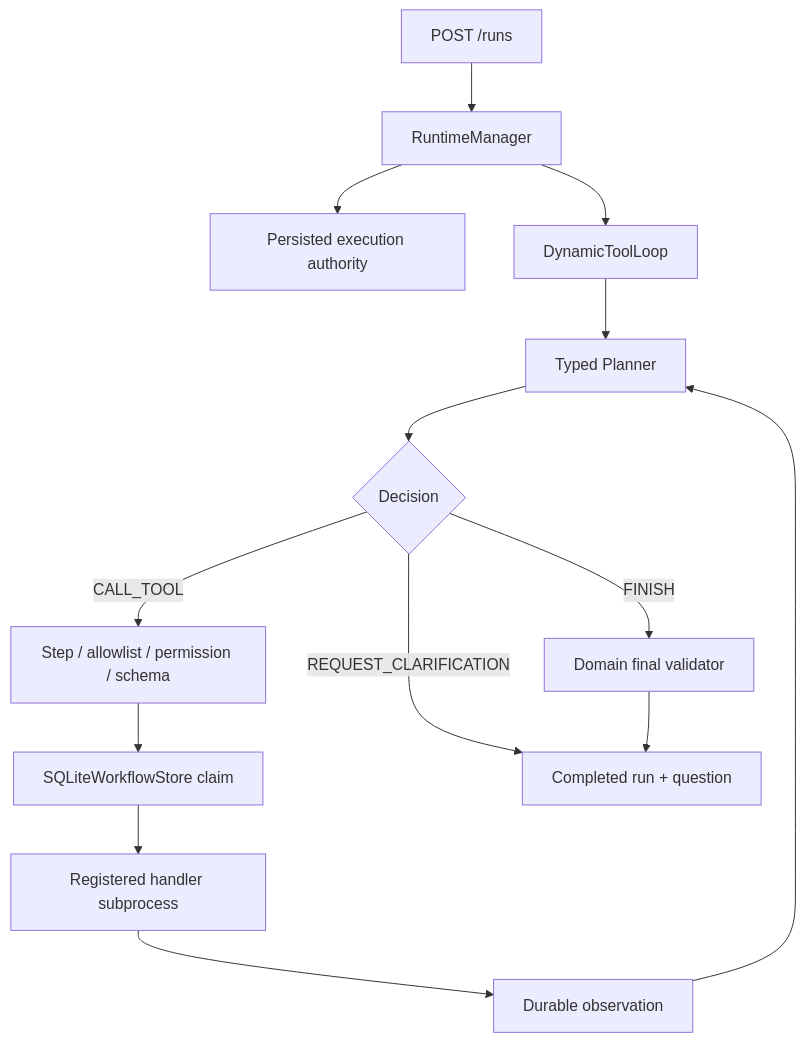
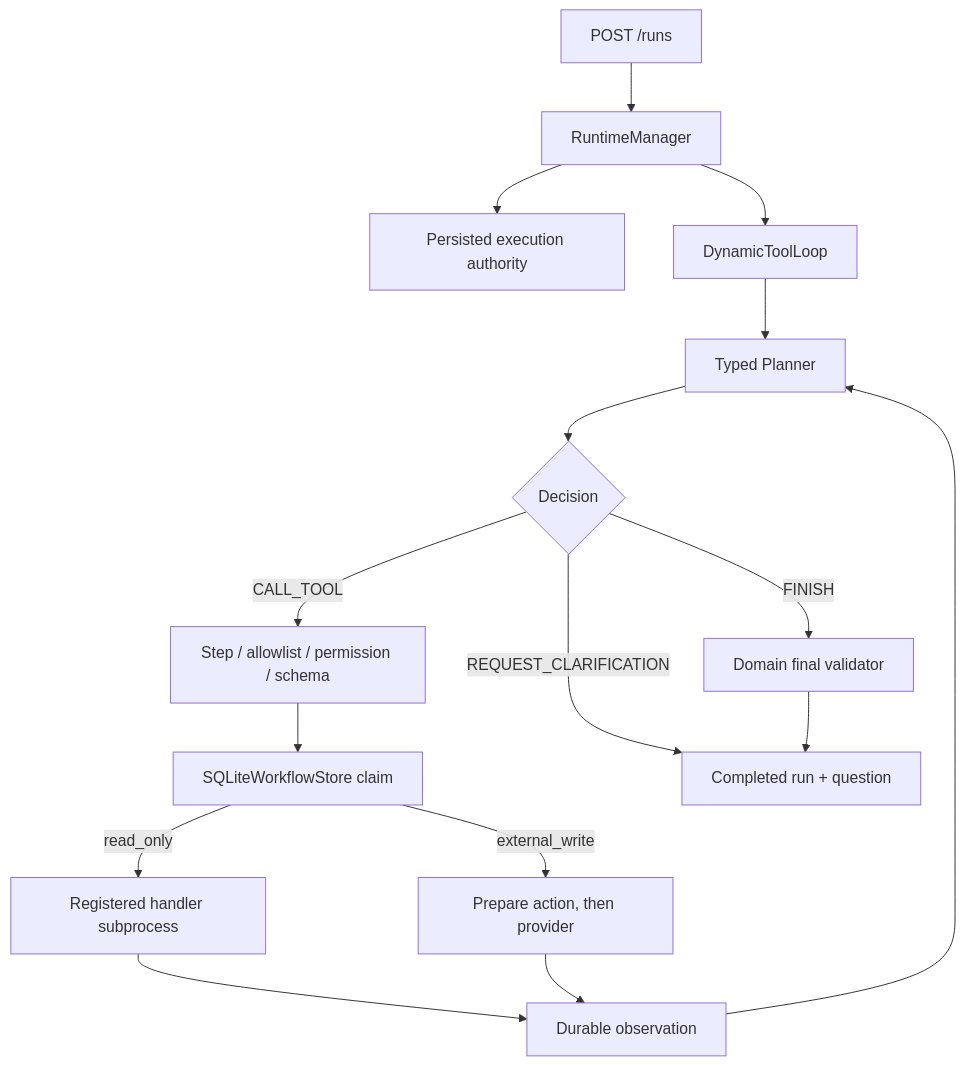
Before and after one commit to YingzuoLiu/agent-runtime-platform: the diagram in docs/dynamic-tool-loop.md, drawn with Mermaid. The commit also changed other lines of this file and 29 other files, not shown here.

Commit message:
feat: add durable external action execution

````diff
--- a/docs/dynamic-tool-loop.md
+++ b/docs/dynamic-tool-loop.md
@@ -9,16 +10,18 @@
 ```mermaid
 flowchart TD
     API["POST /runs"] --> RM["RuntimeManager"]
     RM --> AUTH["Persisted execution authority"]
     RM --> LOOP["DynamicToolLoop"]
     LOOP --> PLAN["Typed Planner"]
     PLAN --> DEC{"Decision"}
     DEC -->|CALL_TOOL| POLICY["Step / allowlist / permission / schema"]
     POLICY --> LEDGER["SQLiteWorkflowStore claim"]
-    LEDGER --> SANDBOX["Registered handler subprocess"]
+    LEDGER -->|read_only| SANDBOX["Registered handler subprocess"]
+    LEDGER -->|external_write| ACTION["Prepare action, then provider"]
     SANDBOX --> OBS["Durable observation"]
+    ACTION --> OBS
     OBS --> PLAN
     DEC -->|REQUEST_CLARIFICATION| OUTCOME["Completed run + question"]
     DEC -->|FINISH| VALIDATE["Domain final validator"]
     VALIDATE --> OUTCOME
 ```
````
